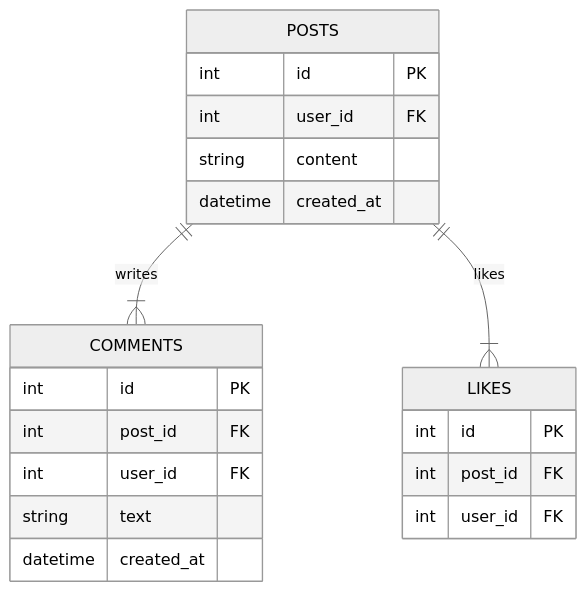
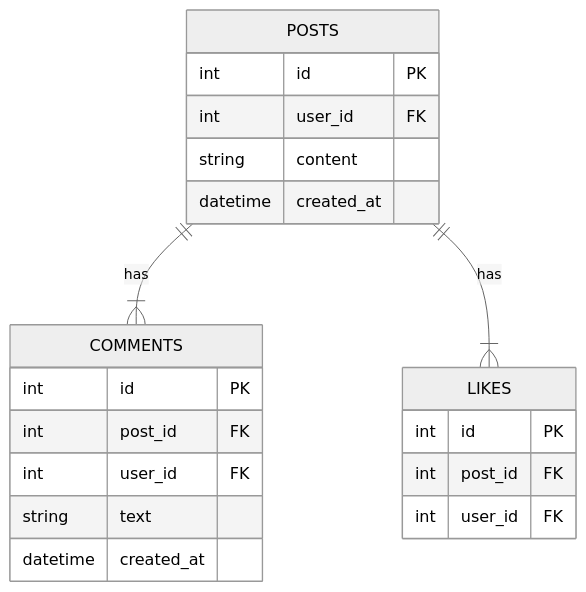
Before and after one commit to melisssadibe/SOA_HW_MD: the diagram in docs/users.mmd, drawn with Mermaid (neutral theme).

```diff
--- a/docs/users.mmd
+++ b/docs/users.mmd
@@ -1,24 +1,24 @@
 erDiagram
-    POSTS ||--|{ COMMENTS : writes
-    POSTS ||--|{ LIKES : likes
+    POSTS ||--|{ COMMENTS : has
+    POSTS ||--|{ LIKES : has
 
     POSTS {
         int id PK
         int user_id FK
         string content
         datetime created_at
     }
     
     COMMENTS {
         int id PK
         int post_id FK
         int user_id FK
         string text
         datetime created_at
     }
     
     LIKES {
         int id PK
         int post_id FK
         int user_id FK
     }
```
